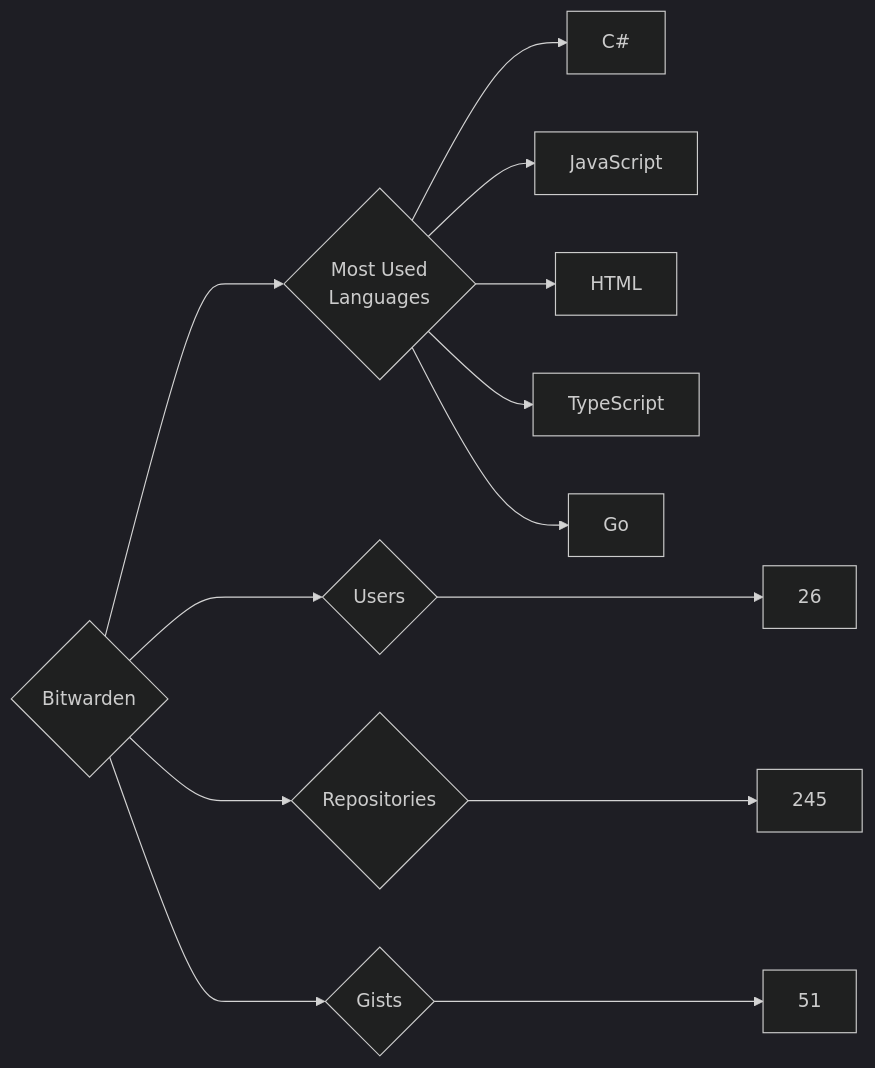
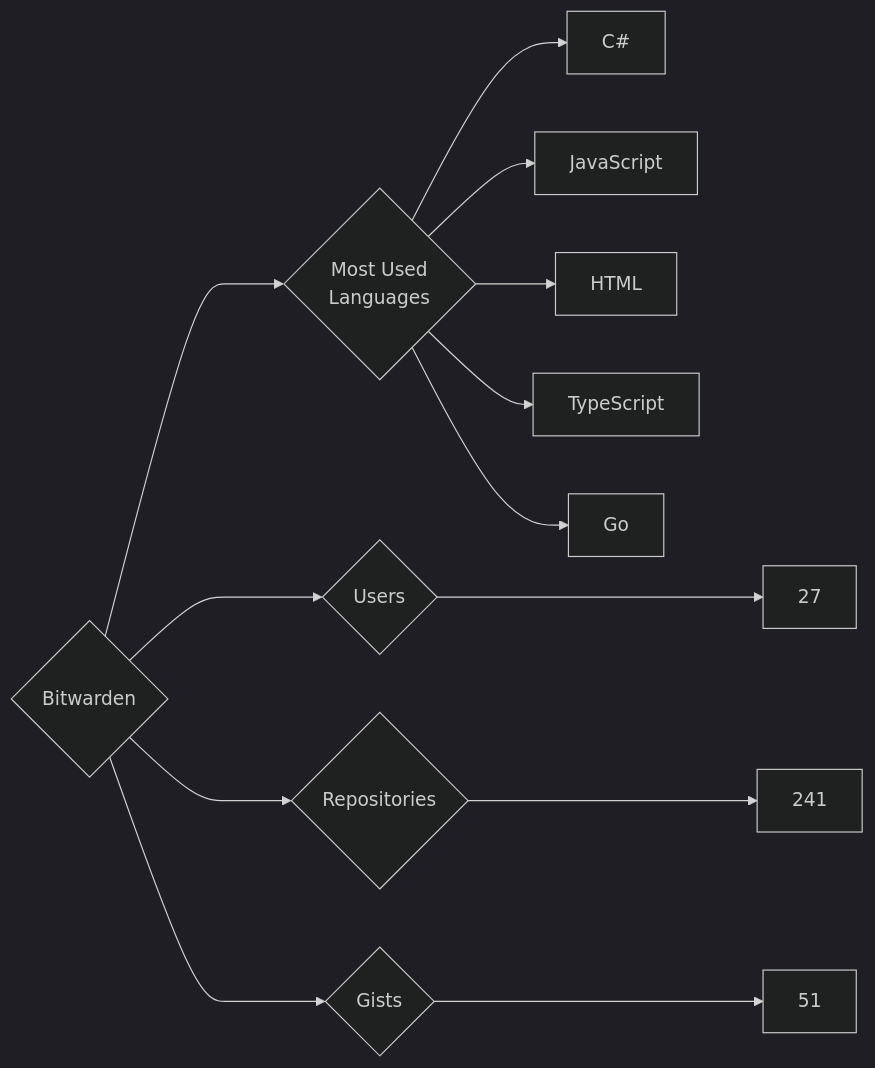
Before and after one commit to trickest/insiders: the diagram in targets/Bitwarden/README.md, drawn with Mermaid (dark theme). The commit also changed 693 other files, not shown here.

````diff
--- a/targets/Bitwarden/README.md
+++ b/targets/Bitwarden/README.md
@@ -3,13 +3,13 @@
 ```mermaid
 graph LR
 COMPANY_NAME{Bitwarden}
-COMPANY_NAME ---> U{Users} ---> UN[26]
-COMPANY_NAME ---> R{Repositories} ---> RN[245]
+COMPANY_NAME ---> U{Users} ---> UN[27]
+COMPANY_NAME ---> R{Repositories} ---> RN[241]
 COMPANY_NAME ---> G{Gists} ---> GN[51]
 COMPANY_NAME ---> ML{Most Used<br>Languages}
 ML --> C#[C#]
 ML --> JavaScript[JavaScript]
 ML --> HTML[HTML]
 ML --> TypeScript[TypeScript]
 ML --> Go[Go]
 ```
````
